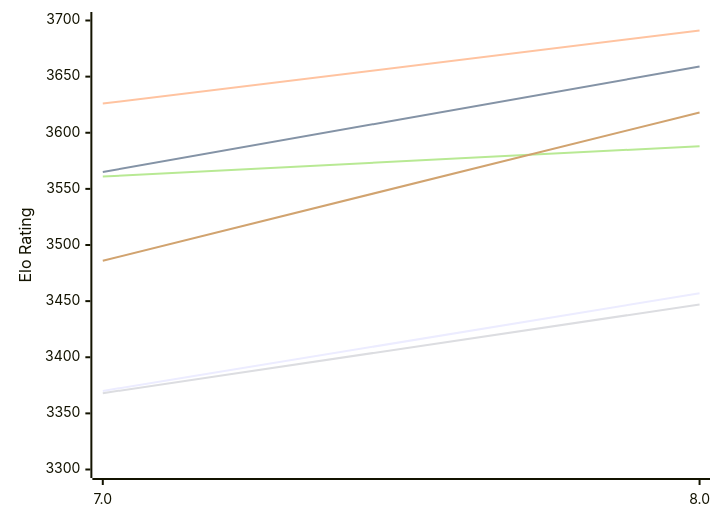
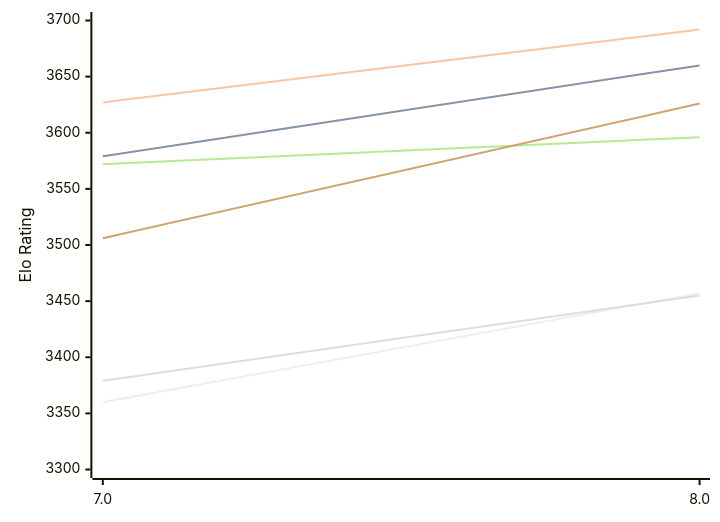
One commit to computer-chess-index/cci changed the first of 2 diagrams in engines/Integral.md. Above: the diagram before and after it, drawn with Mermaid. The commit also changed other lines of this file, not shown here.

Commit message:
Update CCI Ratings (ELO VLTC) - 2026-11-25

````diff
--- a/engines/Integral.md
+++ b/engines/Integral.md
@@ -50,12 +50,12 @@
 ```mermaid
 %%{init: {"theme":"base","themeVariables":{"seriesColors:['#a3a3a3','#222221','#faa371']}}}%%
 xychart-beta
   x-axis ["7.0", "8.0"]
   y-axis "Elo Rating" 3300 --> 3700
-  line "E1: STC (8.0+0.08s)" [3370, 3457]
-  line "E1: LTC (60.0+0.60s)" [3565, 3659]
-  line "E1: VLTC (2m24s+1.12s)" [3626, 3691]
-  line "P1: STC (8.0+0.08s)" [3368, 3447]
-  line "P1: LTC (60.0+0.60s)" [3561, 3588]
-  line "P1: VLTC (2m24s+1.12s)" [3486, 3618]
+  line "E1: STC (8.0+0.08s)" [3360, 3457]
+  line "E1: LTC (60.0+0.60s)" [3579, 3660]
+  line "E1: VLTC (2m24s+1.12s)" [3627, 3692]
+  line "P1: STC (8.0+0.08s)" [3379, 3455]
+  line "P1: LTC (60.0+0.60s)" [3572, 3596]
+  line "P1: VLTC (2m24s+1.12s)" [3506, 3626]
 ```
````
